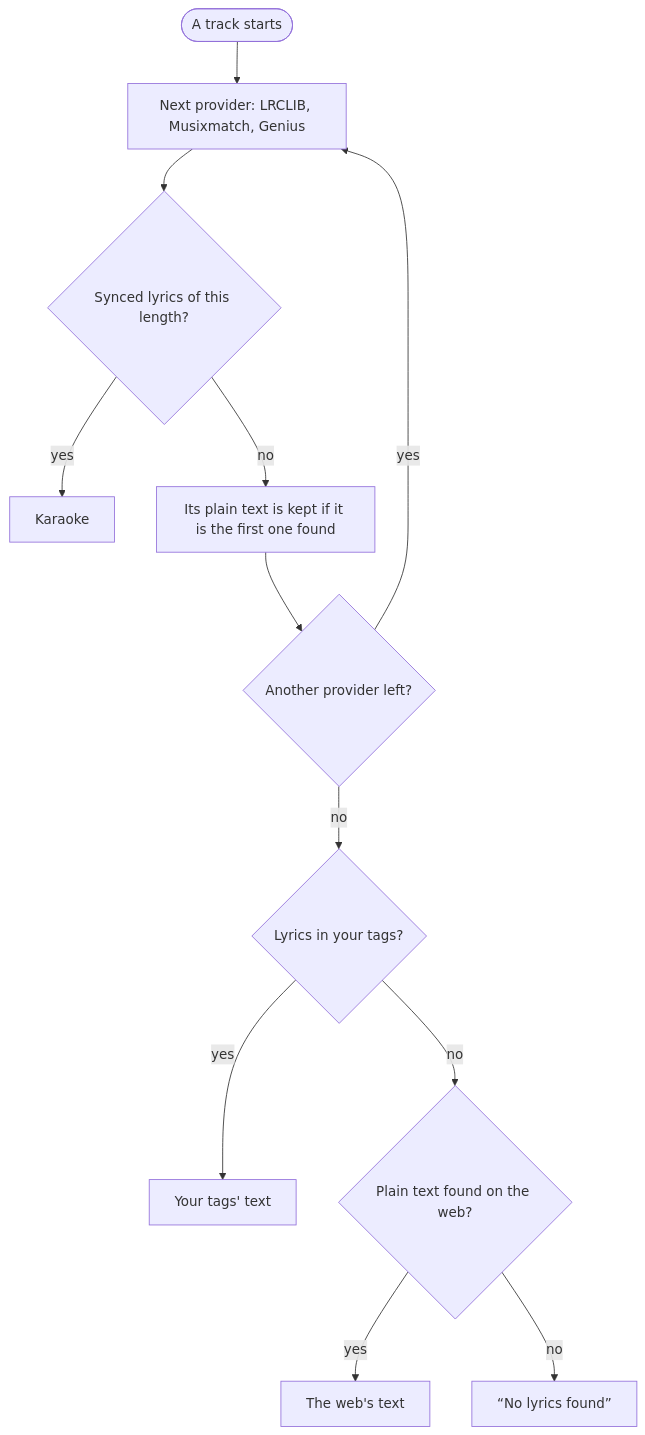
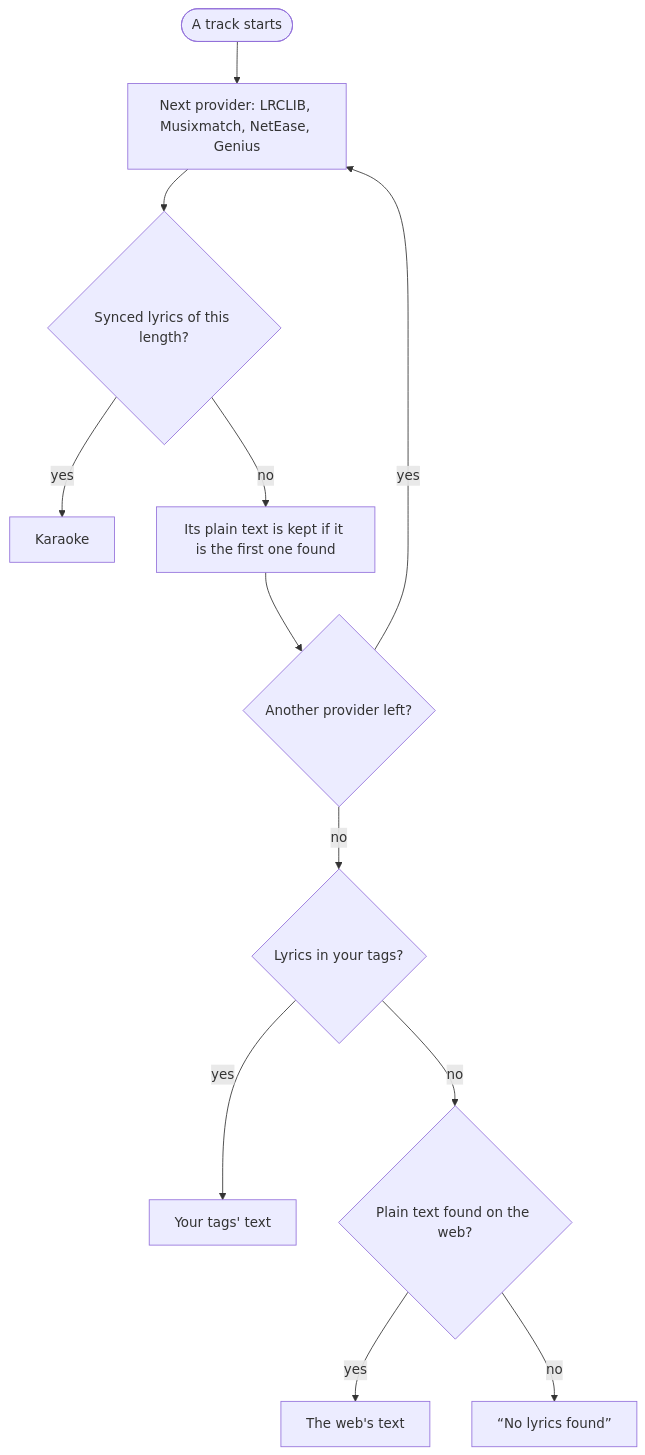
Before and after one commit to werdeil/lyrion-dashboard: the diagram in docs/diagrams/lyrics.en.mmd, drawn with Mermaid. The commit also changed 17 other files, not shown here.

First line of the commit message:
feat(lyrics): add NetEase Cloud Music as a synced lyrics provider (#136)

```diff
--- a/docs/diagrams/lyrics.en.mmd
+++ b/docs/diagrams/lyrics.en.mmd
@@ -1,12 +1,12 @@
 flowchart TD
-    A([A track starts]) --> P[Next provider: LRCLIB, Musixmatch, Genius]
+    A([A track starts]) --> P[Next provider: LRCLIB, Musixmatch, NetEase, Genius]
     P --> S{Synced lyrics of this length?}
     S -- yes --> K[Karaoke]
     S -- no --> R[Its plain text is kept if it is the first one found]
     R --> M{Another provider left?}
     M -- yes --> P
     M -- no --> T{Lyrics in your tags?}
     T -- yes --> TAGS[Your tags' text]
     T -- no --> W{Plain text found on the web?}
     W -- yes --> WEB[The web's text]
     W -- no --> N["“No lyrics found”"]
```
